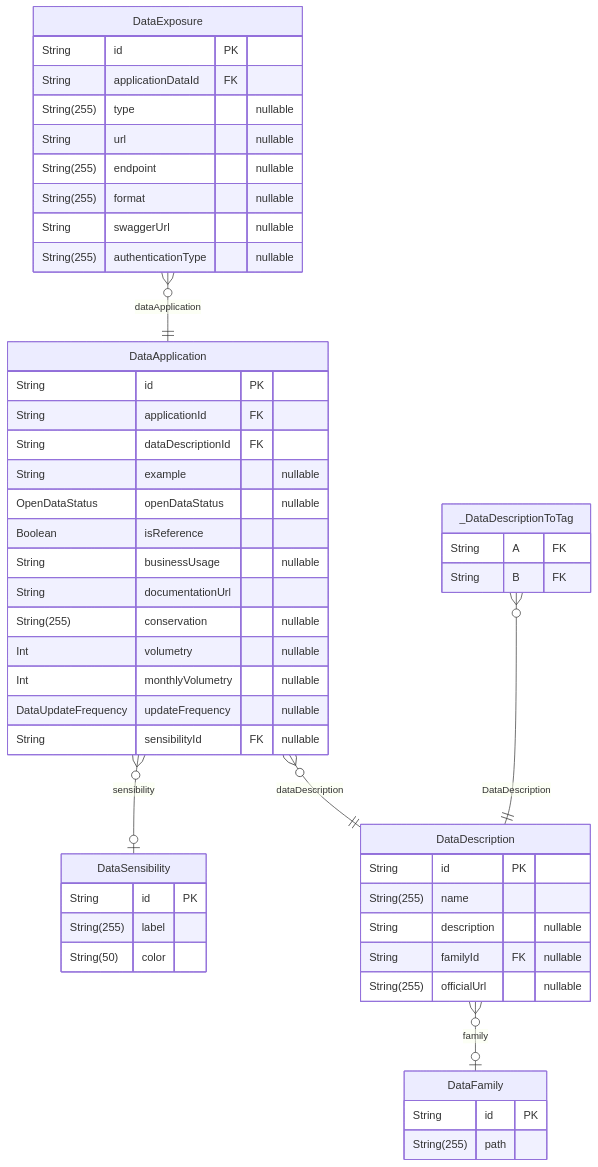
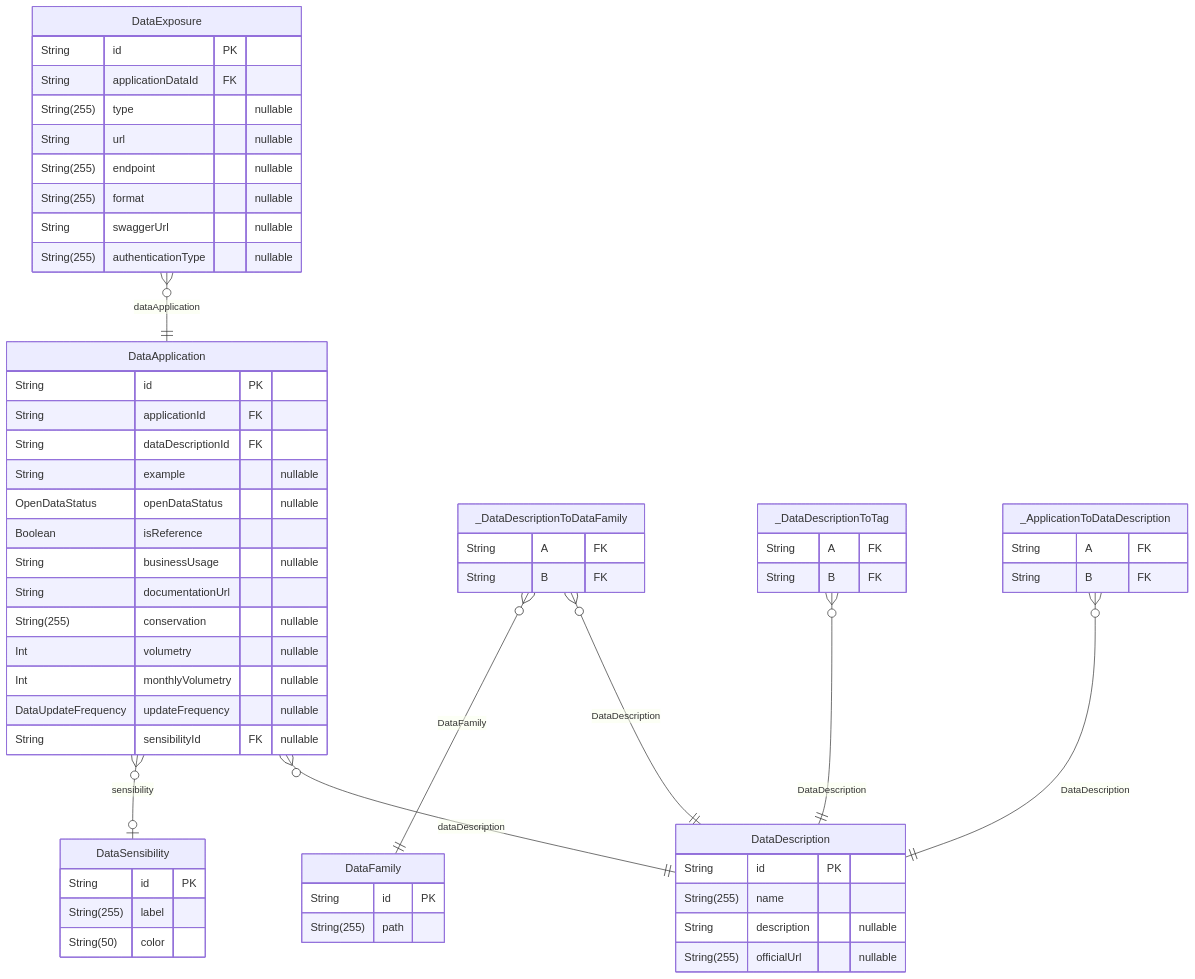
Before and after one commit to dnum-mi/referentiel-applications: the fourth of 14 diagrams in backend/prisma/docs/schema.md, drawn with Mermaid. The commit also changed other lines of this file and 39 other files, not shown here.

````diff
--- a/backend/prisma/docs/schema.md
+++ b/backend/prisma/docs/schema.md
@@ -402,53 +415,62 @@
 ```mermaid
 erDiagram
 "DataFamily" {
   String id PK
   String(255) path
 }
 "DataSensibility" {
   String id PK
   String(255) label
   String(50) color
 }
 "DataDescription" {
   String id PK
   String(255) name
   String description "nullable"
-  String familyId FK "nullable"
   String(255) officialUrl "nullable"
 }
 "DataApplication" {
   String id PK
   String applicationId FK
   String dataDescriptionId FK
   String example "nullable"
   OpenDataStatus openDataStatus "nullable"
   Boolean isReference
   String businessUsage "nullable"
   String documentationUrl
   String(255) conservation "nullable"
   Int volumetry "nullable"
   Int monthlyVolumetry "nullable"
   DataUpdateFrequency updateFrequency "nullable"
   String sensibilityId FK "nullable"
 }
 "DataExposure" {
   String id PK
   String applicationDataId FK
   String(255) type "nullable"
   String url "nullable"
   String(255) endpoint "nullable"
   String(255) format "nullable"
   String swaggerUrl "nullable"
   String(255) authenticationType "nullable"
 }
+"_DataDescriptionToDataFamily" {
+  String A FK
+  String B FK
+}
 "_DataDescriptionToTag" {
   String A FK
   String B FK
 }
-"DataDescription" }o--o| "DataFamily" : family
+"_ApplicationToDataDescription" {
+  String A FK
+  String B FK
+}
 "DataApplication" }o--|| "DataDescription" : dataDescription
 "DataApplication" }o--o| "DataSensibility" : sensibility
 "DataExposure" }o--|| "DataApplication" : dataApplication
+"_DataDescriptionToDataFamily" }o--|| "DataDescription" : DataDescription
+"_DataDescriptionToDataFamily" }o--|| "DataFamily" : DataFamily
 "_DataDescriptionToTag" }o--|| "DataDescription" : DataDescription
+"_ApplicationToDataDescription" }o--|| "DataDescription" : DataDescription
 ```
````
